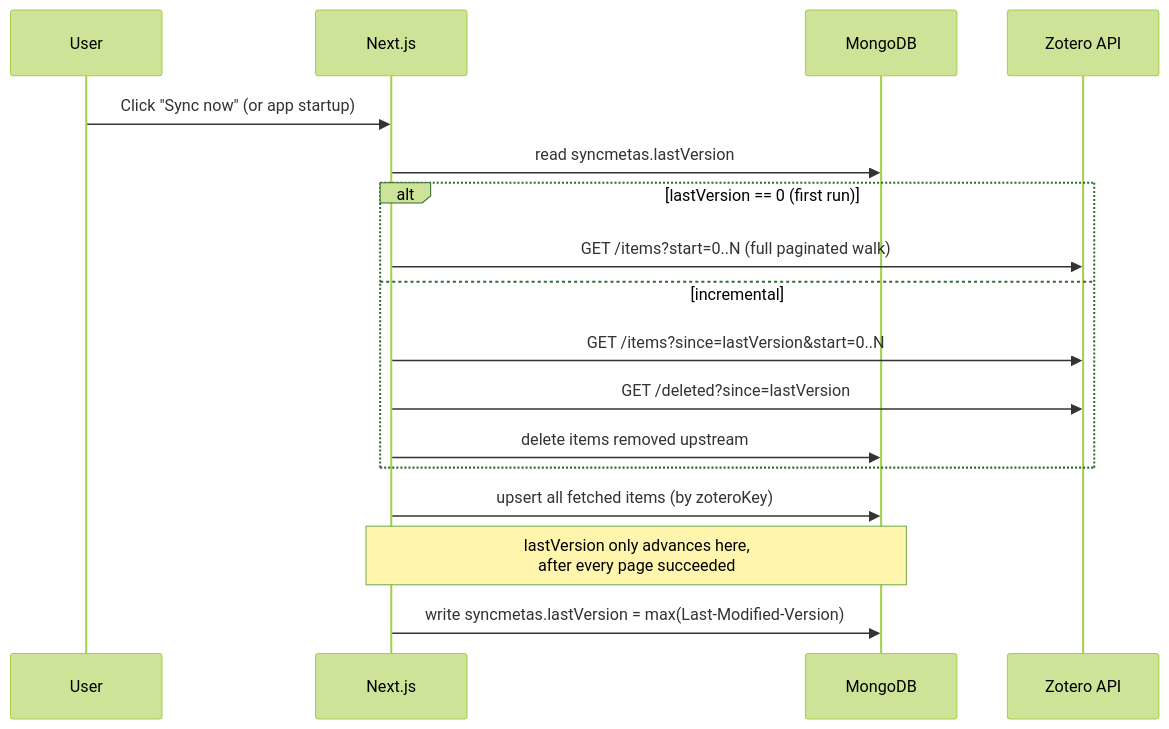
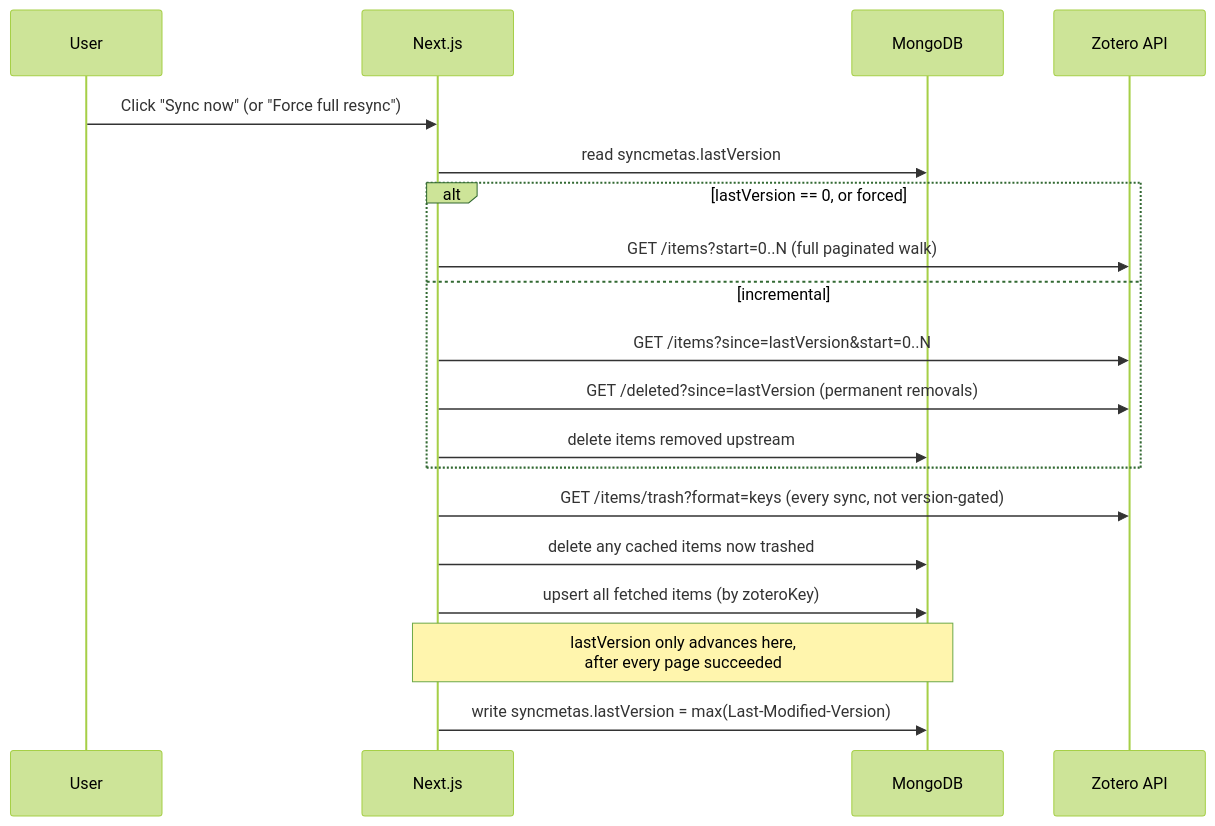
Before and after one commit to jdbuild/zotero-sci-stats: the second of 3 diagrams in ARCHITECTURE.md, drawn with Mermaid (forest theme). The commit also changed other lines of this file and 9 other files, not shown here.

````diff
--- a/ARCHITECTURE.md
+++ b/ARCHITECTURE.md
@@ -134,20 +134,22 @@
 ```mermaid
 sequenceDiagram
     participant U as User
     participant App as Next.js
     participant DB as MongoDB
     participant Z as Zotero API
 
-    U->>App: Click "Sync now" (or app startup)
+    U->>App: Click "Sync now" (or "Force full resync")
     App->>DB: read syncmetas.lastVersion
-    alt lastVersion == 0 (first run)
+    alt lastVersion == 0, or forced
         App->>Z: GET /items?start=0..N (full paginated walk)
     else incremental
         App->>Z: GET /items?since=lastVersion&start=0..N
-        App->>Z: GET /deleted?since=lastVersion
+        App->>Z: GET /deleted?since=lastVersion (permanent removals)
         App->>DB: delete items removed upstream
     end
+    App->>Z: GET /items/trash?format=keys (every sync, not version-gated)
+    App->>DB: delete any cached items now trashed
     App->>DB: upsert all fetched items (by zoteroKey)
     Note over App,DB: lastVersion only advances here,<br/>after every page succeeded
     App->>DB: write syncmetas.lastVersion = max(Last-Modified-Version)
 ```
````
